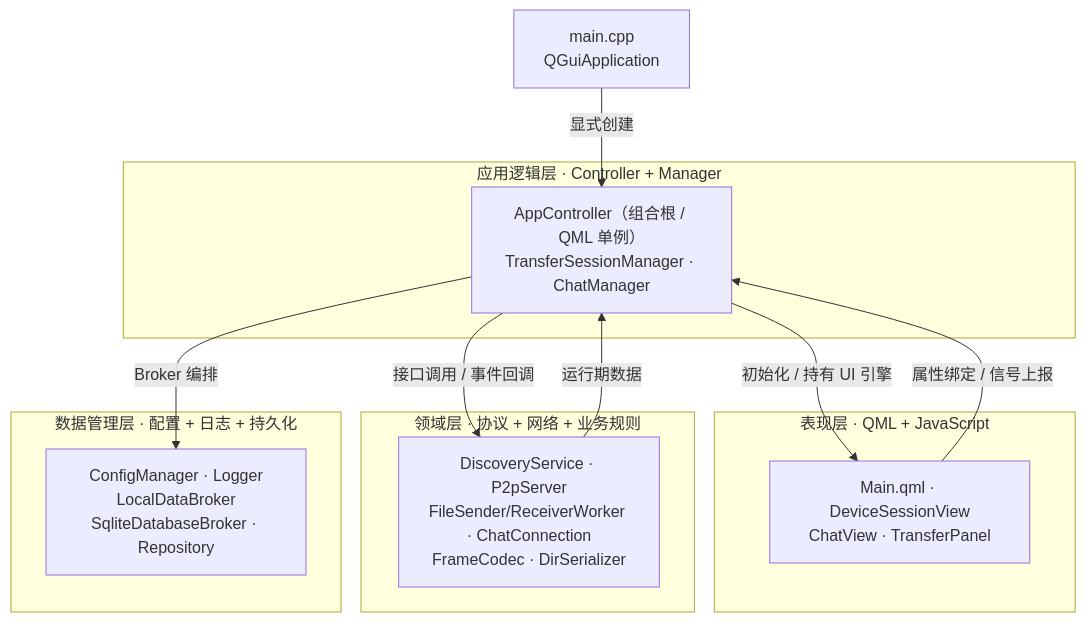
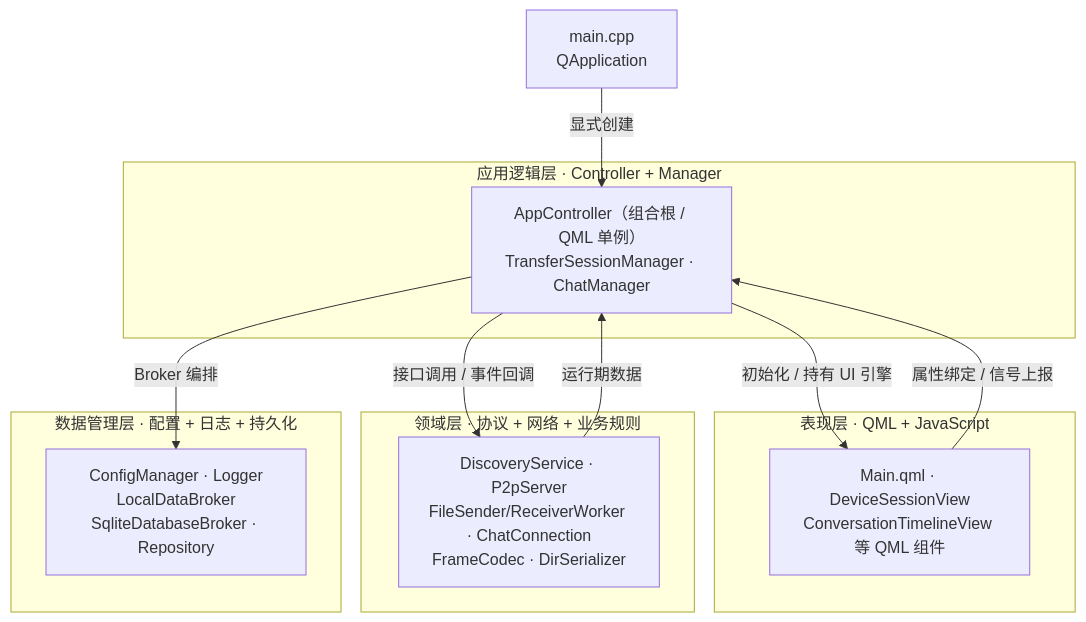
Before and after one commit to Gsheep0729/GridYard: the first of 9 diagrams in README.md, drawn with Mermaid. The commit also changed other lines of this file, not shown here.

Commit message:
修正 README 中入口与图形栈的过时描述（P2-5c，v7.13.0）
README 写的入口是 QGuiApplication、图形栈写全 QML 路线，与实际不符：界面确为全 QML，但 Qt.labs.platform 系统托盘依赖 Widgets 模块，入口按集成规范使用 QApplication。架构图里还残留已删除的 ChatView 和 TransferPanel，一并改为现有组件。

````diff
--- a/README.md
+++ b/README.md
@@ -142,23 +142,23 @@
 ```mermaid
 graph TD
-    ENTRY["main.cpp<br/>QGuiApplication"]
+    ENTRY["main.cpp<br/>QApplication"]
     subgraph 表现层["表现层 · QML + JavaScript"]
-        UI["Main.qml · DeviceSessionView<br/>ChatView · TransferPanel"]
+        UI["Main.qml · DeviceSessionView<br/>ConversationTimelineView 等 QML 组件"]
     end
     subgraph 应用逻辑层["应用逻辑层 · Controller + Manager"]
         APP["AppController（组合根 / QML 单例）<br/>TransferSessionManager · ChatManager"]
     end
     subgraph 领域层["领域层 · 协议 + 网络 + 业务规则"]
         DOM["DiscoveryService · P2pServer<br/>FileSender/ReceiverWorker · ChatConnection<br/>FrameCodec · DirSerializer"]
     end
     subgraph 数据管理层["数据管理层 · 配置 + 日志 + 持久化"]
         DATA["ConfigManager · Logger<br/>LocalDataBroker<br/>SqliteDatabaseBroker · Repository"]
     end
 
     ENTRY -->|"显式创建"| APP
     APP -->|"初始化 / 持有 UI 引擎"| UI
     UI -->|"属性绑定 / 信号上报"| APP
     APP -->|"接口调用 / 事件回调"| DOM
     APP -->|"Broker 编排"| DATA
     DOM -->|"运行期数据"| APP
 ```
````
